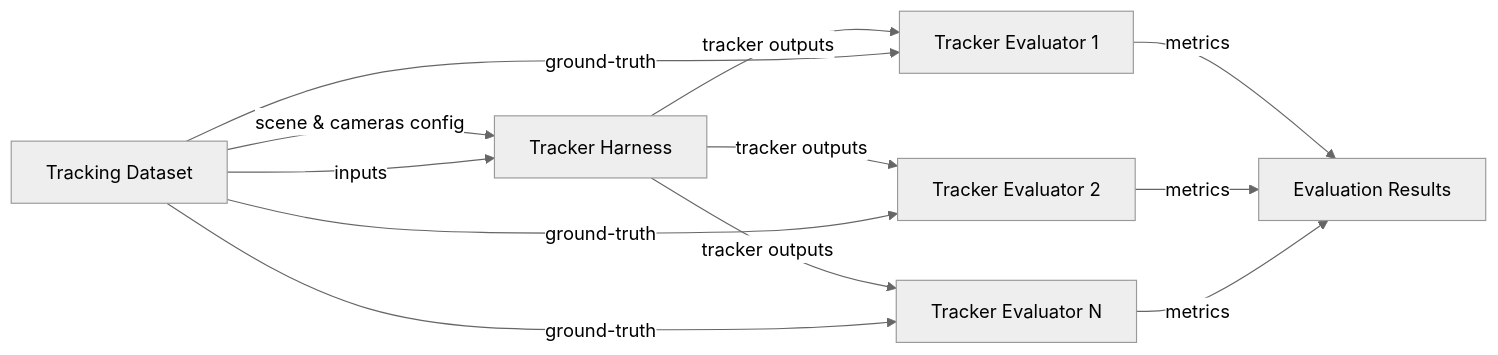
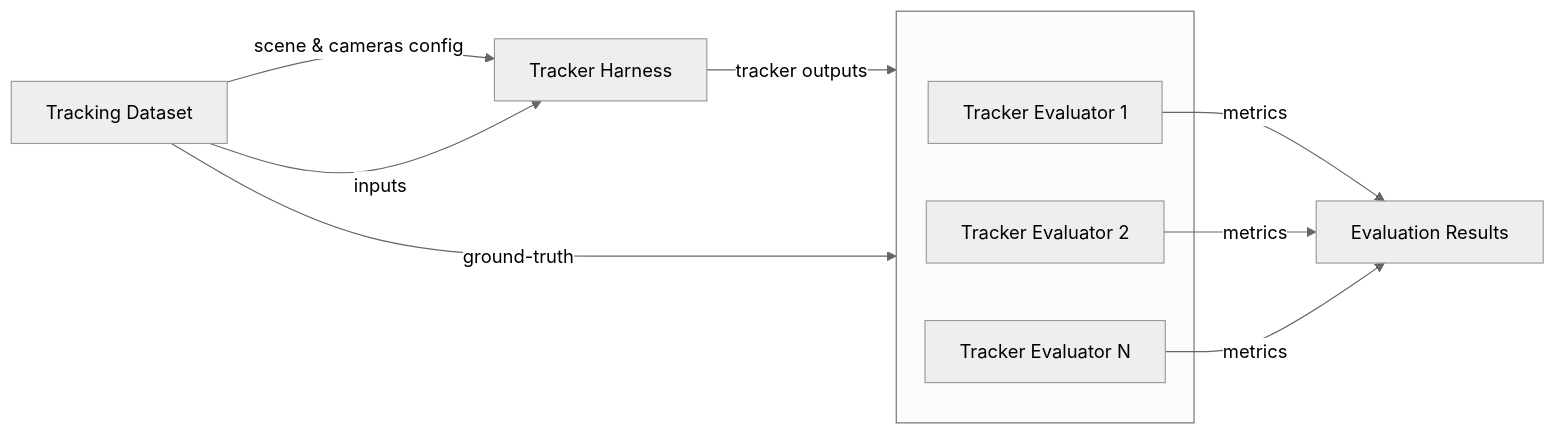
The diagram in docs/design/tracker-evaluation-pipeline.md (open-edge-platform/scenescape), drawn with Mermaid (neutral theme) before and after one commit. The commit also changed other lines of this file, not shown here.

Commit message:
Improve design document

````diff
--- a/docs/design/tracker-evaluation-pipeline.md
+++ b/docs/design/tracker-evaluation-pipeline.md
@@ -50,21 +50,21 @@
 ```mermaid
 flowchart LR
     Dataset[Tracking Dataset]
     Harness[Tracker Harness]
-    Evaluator1[Tracker Evaluator 1]
-    Evaluator2[Tracker Evaluator 2]
-    EvaluatorN[Tracker Evaluator N]
     Results[Evaluation Results]
 
     Dataset -->|scene & cameras config| Harness
     Dataset -->|inputs| Harness
-    Harness -->|tracker outputs| Evaluator1
-    Harness -->|tracker outputs| Evaluator2
-    Harness -->|tracker outputs| EvaluatorN
-    Dataset -->|ground-truth| Evaluator1
-    Dataset -->|ground-truth| Evaluator2
-    Dataset -->|ground-truth| EvaluatorN
+
+    subgraph Evaluators[" "]
+        Evaluator1[Tracker Evaluator 1]
+        Evaluator2[Tracker Evaluator 2]
+        EvaluatorN[Tracker Evaluator N]
+    end
+
+    Harness -->|tracker outputs| Evaluators
+    Dataset -->|ground-truth| Evaluators
     Evaluator1 -->|metrics| Results
     Evaluator2 -->|metrics| Results
     EvaluatorN -->|metrics| Results
 ```
````
